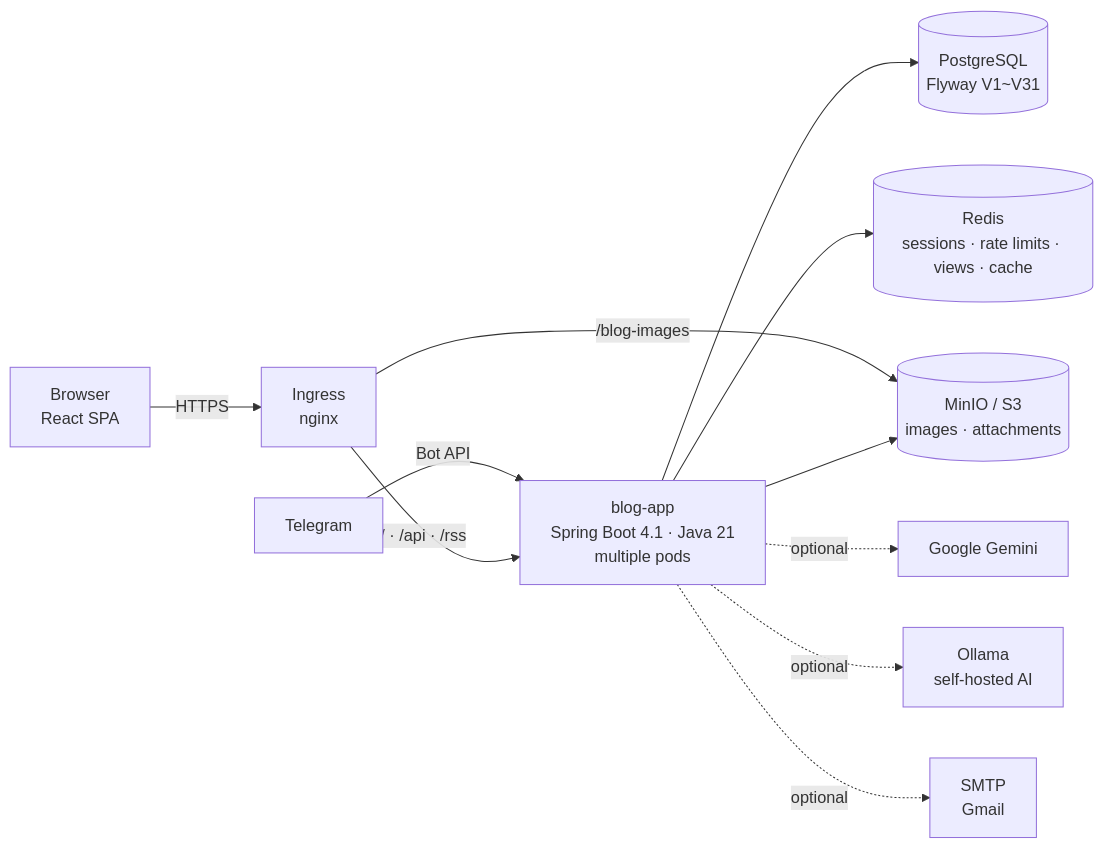
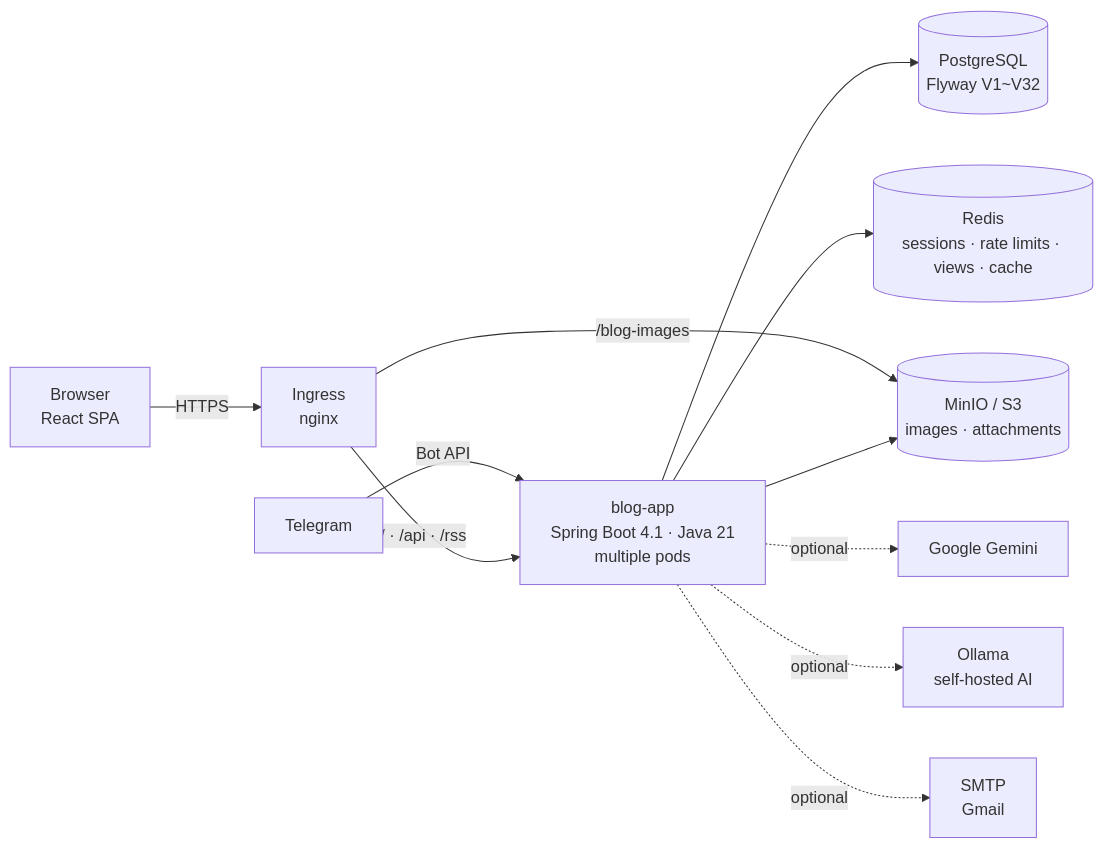
Before and after one commit to AIGJ-01-002-blog/devlog: the first of 3 diagrams in README.en.md, drawn with Mermaid. The commit also changed other lines of this file and 19 other files, not shown here.

````diff
--- a/README.en.md
+++ b/README.en.md
@@ -151,13 +151,13 @@
 ```mermaid
 flowchart LR
     B[Browser<br/>React SPA] -->|HTTPS| I[Ingress<br/>nginx]
     T[Telegram] -->|Bot API| A
     I -->|/ · /api · /rss| A[blog-app<br/>Spring Boot 4.1 · Java 21<br/>multiple pods]
     I -->|/blog-images| M[(MinIO / S3<br/>images · attachments)]
-    A --> P[(PostgreSQL<br/>Flyway V1~V31)]
+    A --> P[(PostgreSQL<br/>Flyway V1~V32)]
     A --> R[(Redis<br/>sessions · rate limits · views · cache)]
     A --> M
     A -.optional.-> G[Google Gemini]
     A -.optional.-> O[Ollama<br/>self-hosted AI]
     A -.optional.-> S[SMTP<br/>Gmail]
 ```
````
